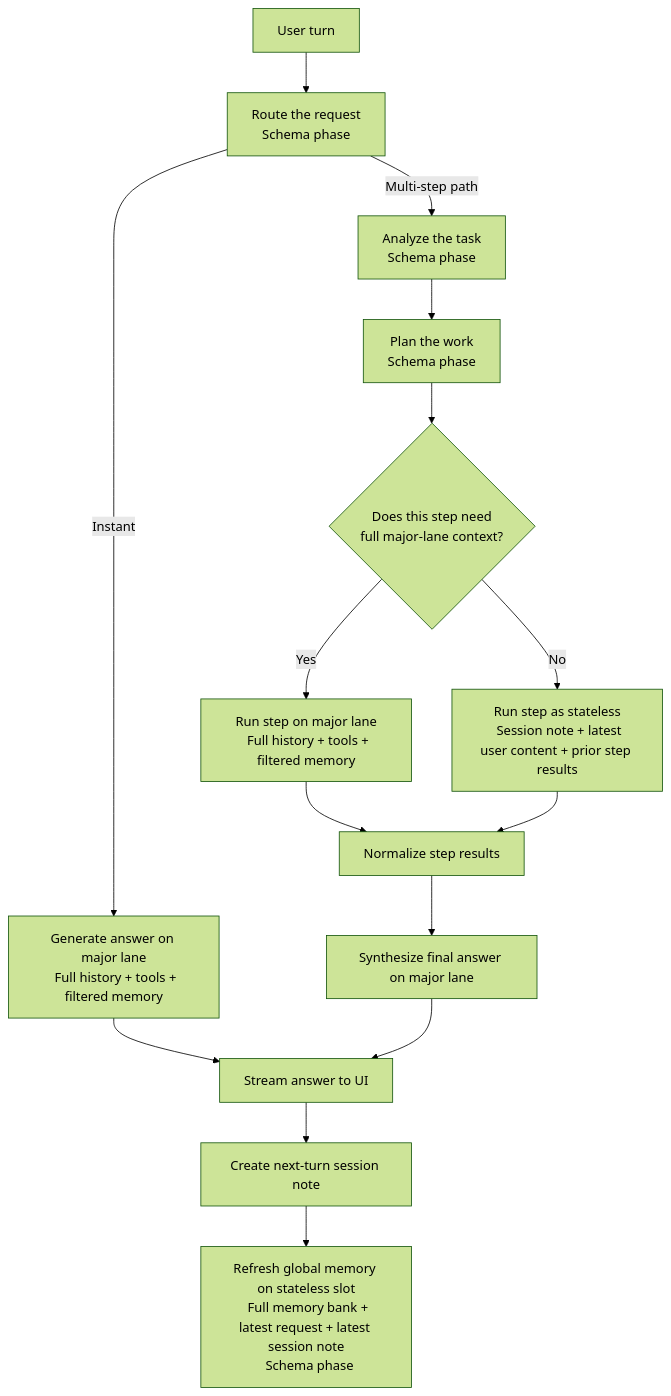
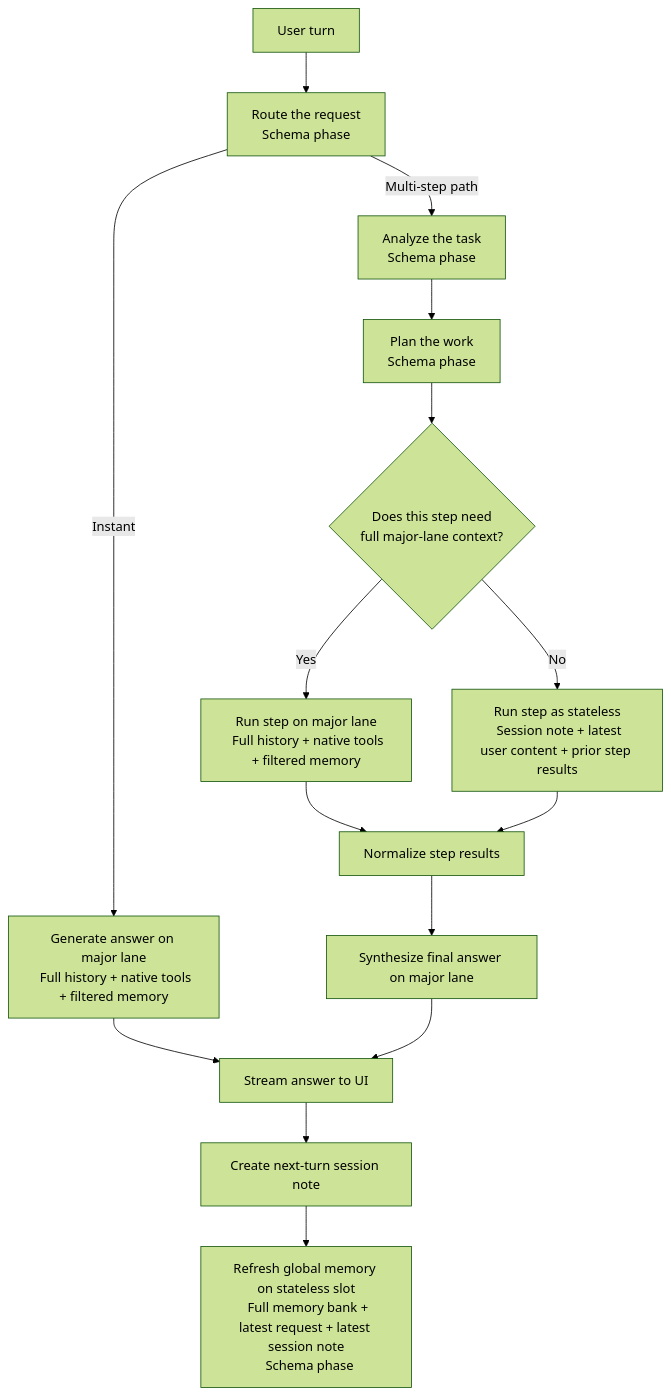
One commit to Eason023/chat-studio changed the first of 3 diagrams in README.md. Above: the diagram before and after it, drawn with Mermaid (forest theme). The commit also changed other lines of this file and 1 other file, not shown here.

````diff
--- a/README.md
+++ b/README.md
@@ -271,32 +271,32 @@
 ```mermaid
 flowchart TD
   A["User turn"] --> B["Route the request
   Schema phase"]
 
   B -->|Instant| C["Generate answer on major lane
-  Full history + tools + filtered memory"]
+  Full history + native tools + filtered memory"]
   B -->|Multi-step path| D["Analyze the task
   Schema phase"]
 
   D --> E["Plan the work
   Schema phase"]
   E --> F{"Does this step need
   full major-lane context?"}
 
   F -->|Yes| G["Run step on major lane
-  Full history + tools + filtered memory"]
+  Full history + native tools + filtered memory"]
   F -->|No| H["Run step as stateless
   Session note + latest user content + prior step results"]
 
   G --> I["Normalize step results"]
   H --> I
 
   I --> J["Synthesize final answer on major lane"]
   C --> K["Stream answer to UI"]
   J --> K
 
   K --> L["Create next-turn session note"]
   L --> M["Refresh global memory on stateless slot
   Full memory bank + latest request + latest session note
   Schema phase"]
 ```
````
